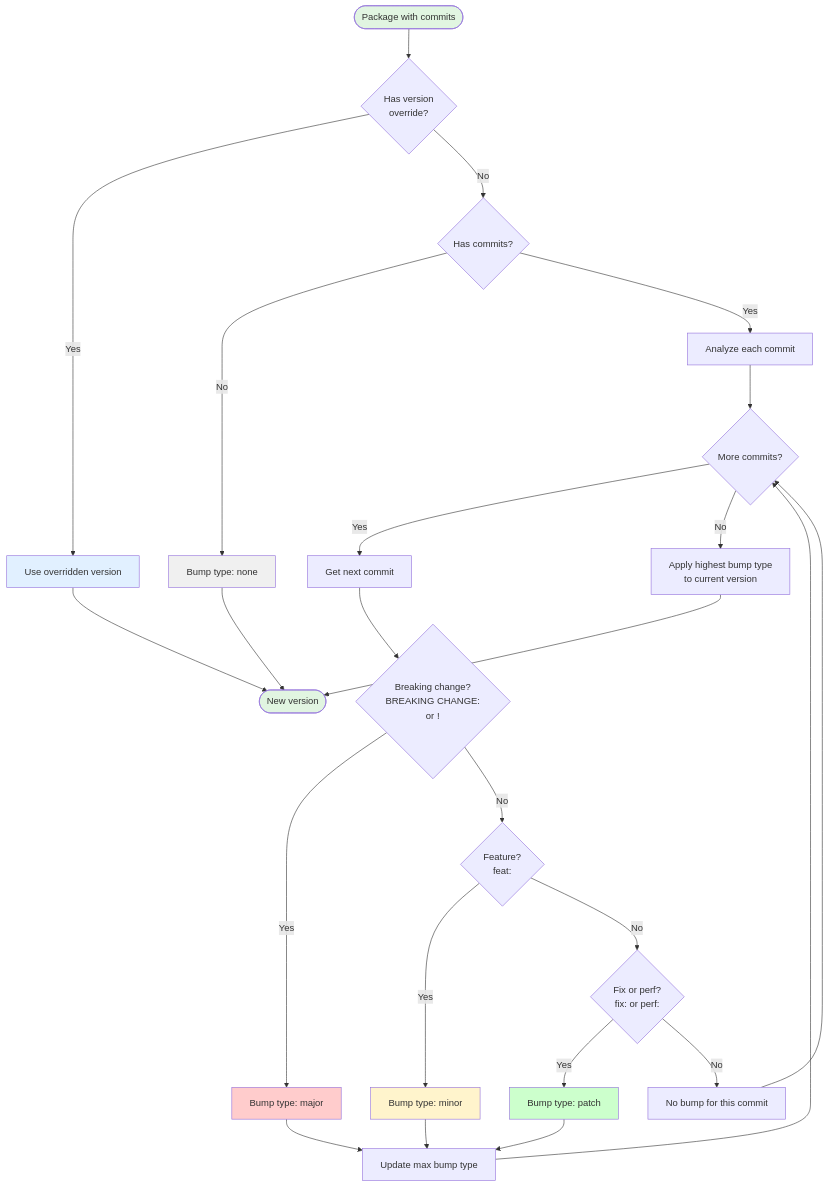
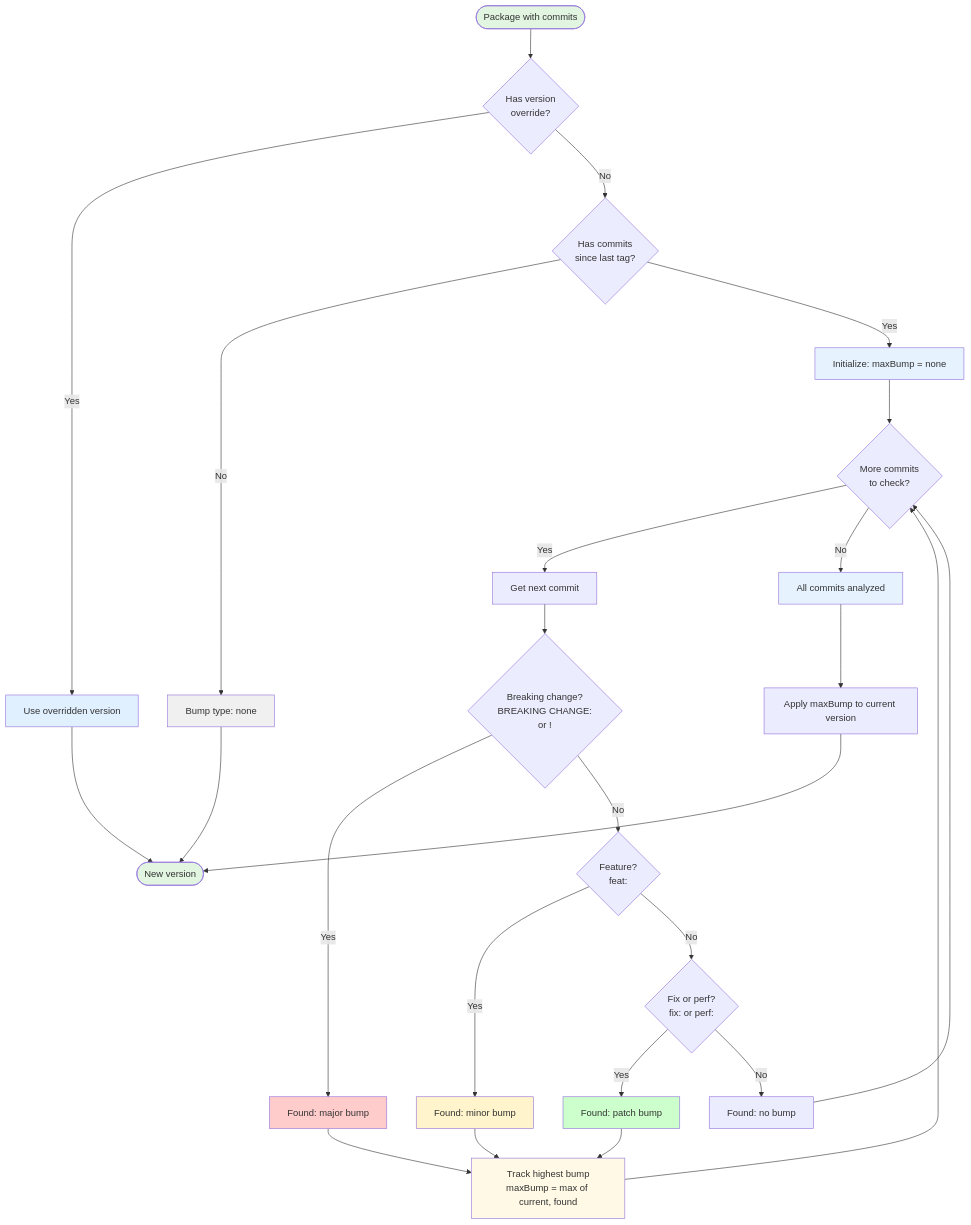
Before and after one commit to ucdjs/release-scripts: the diagram in docs/diagrams/version-bump-calculation.mmd, drawn with Mermaid. The commit also changed 1 other file, not shown here.

Commit message:
docs: streamline styling in service diagrams

```diff
--- a/docs/diagrams/version-bump-calculation.mmd
+++ b/docs/diagrams/version-bump-calculation.mmd
@@ -1,41 +1,46 @@
 flowchart TD
     Start([Package with commits]) --> HasOverride{Has version<br/>override?}
 
     HasOverride -->|Yes| UseOverride[Use overridden version]
-    HasOverride -->|No| CheckCommits{Has commits?}
+    HasOverride -->|No| CheckCommits{Has commits<br/>since last tag?}
 
     CheckCommits -->|No| NoBump[Bump type: none]
-    CheckCommits -->|Yes| AnalyzeCommits[Analyze each commit]
+    CheckCommits -->|Yes| InitLoop[Initialize: maxBump = none]
 
-    AnalyzeCommits --> LoopCommits{More commits?}
+    InitLoop --> LoopCommits{More commits<br/>to check?}
     LoopCommits -->|Yes| NextCommit[Get next commit]
 
     NextCommit --> CheckBreaking{Breaking change?<br/>BREAKING CHANGE:<br/>or !}
-    CheckBreaking -->|Yes| Major[Bump type: major]
+    CheckBreaking -->|Yes| Major[Found: major bump]
     CheckBreaking -->|No| CheckFeat{Feature?<br/>feat:}
 
-    CheckFeat -->|Yes| Minor[Bump type: minor]
+    CheckFeat -->|Yes| Minor[Found: minor bump]
     CheckFeat -->|No| CheckFix{Fix or perf?<br/>fix: or perf:}
 
-    CheckFix -->|Yes| Patch[Bump type: patch]
-    CheckFix -->|No| Other[No bump for this commit]
+    CheckFix -->|Yes| Patch[Found: patch bump]
+    CheckFix -->|No| Other[Found: no bump]
 
-    Major --> UpdateMax[Update max bump type]
+    Major --> UpdateMax[Track highest bump<br/>maxBump = max of current, found]
     Minor --> UpdateMax
     Patch --> UpdateMax
     Other --> LoopCommits
 
     UpdateMax --> LoopCommits
-    LoopCommits -->|No| ApplyBump[Apply highest bump type<br/>to current version]
+
+    LoopCommits -->|No| AllDone[All commits analyzed]
+    AllDone --> ApplyBump[Apply maxBump to current version]
 
     ApplyBump --> Result([New version])
     UseOverride --> Result
     NoBump --> Result
 
     style Start fill:#e1f5e1
     style Result fill:#e1f5e1
     style Major fill:#ffcccc
     style Minor fill:#fff4cc
     style Patch fill:#ccffcc
     style NoBump fill:#f0f0f0
     style UseOverride fill:#e1f0ff
+    style InitLoop fill:#e6f3ff
+    style AllDone fill:#e6f3ff
+    style UpdateMax fill:#fff9e6
```
